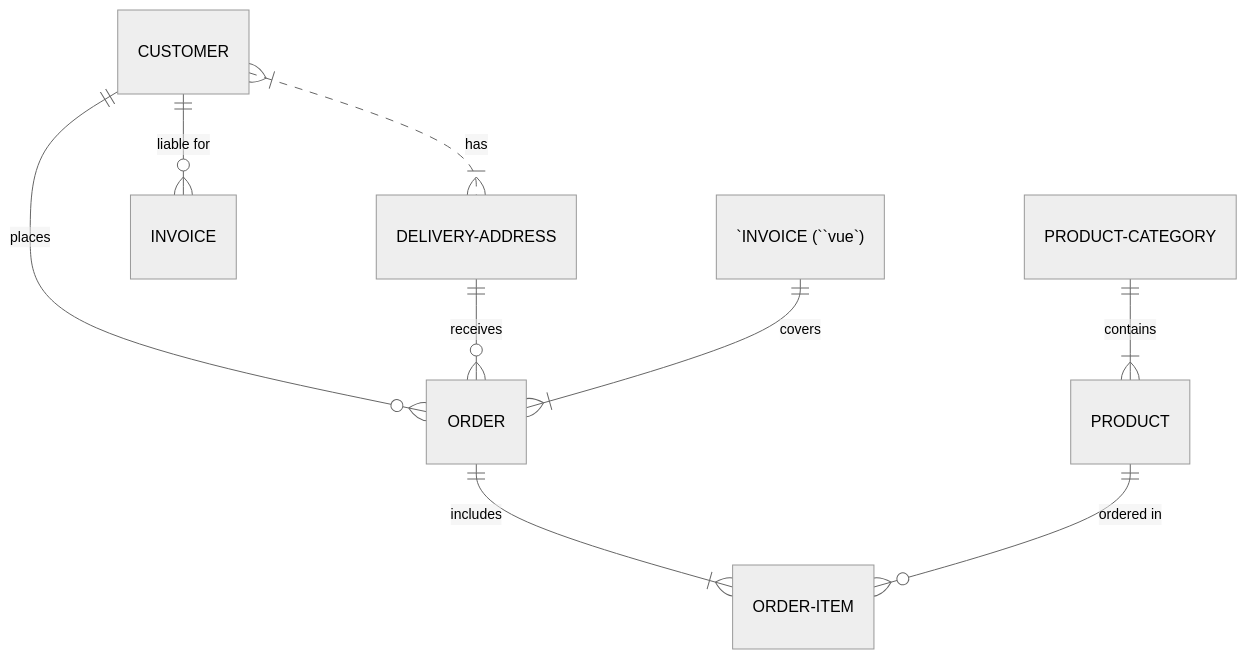
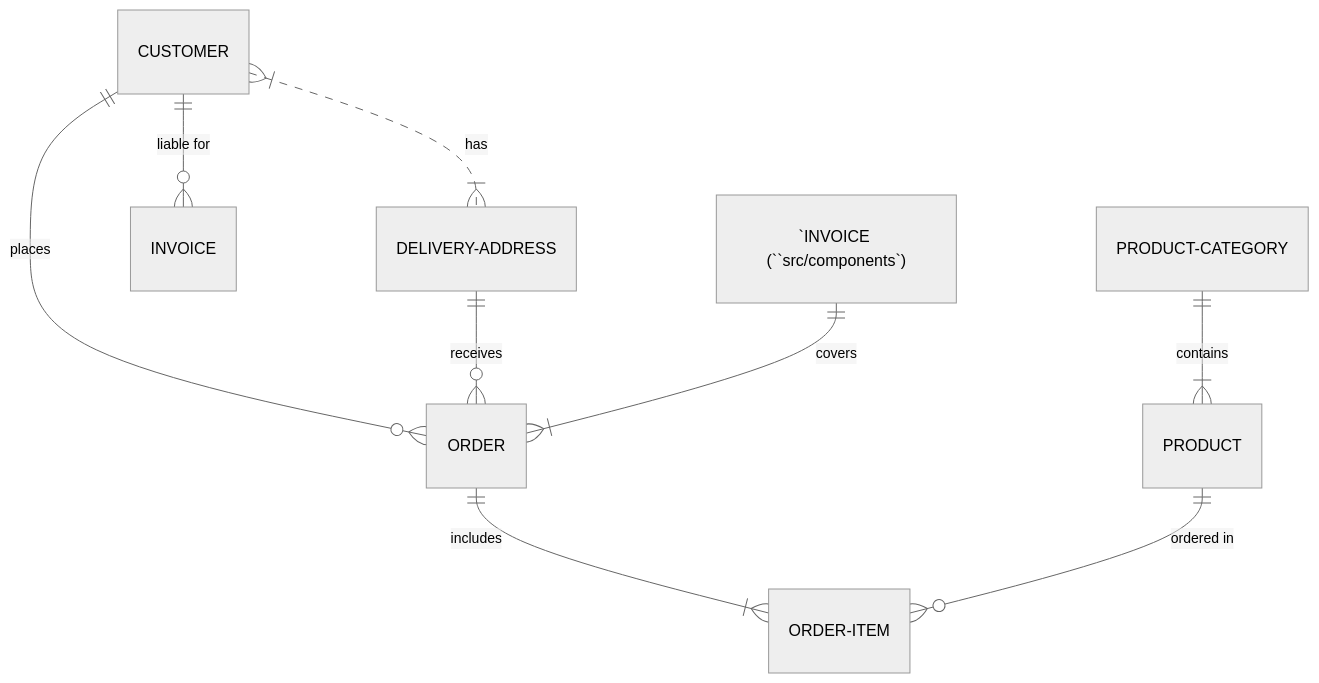
One commit to RyanHavoc/test-docs-repo changed the diagram in .swm/mermaid-testing.otpiriee.sw.md. Above: the diagram before and after it, drawn with Mermaid (neutral theme). The commit also changed other lines of this file, not shown here.

Commit message:
docs(swimm): update doc: "Mermaid Testing"

````diff
--- a/.swm/mermaid-testing.otpiriee.sw.md
+++ b/.swm/mermaid-testing.otpiriee.sw.md
@@ -21,11 +21,11 @@
 ```mermaid
 erDiagram
 CUSTOMER }|..|{ DELIVERY-ADDRESS : has
 CUSTOMER ||--o{ ORDER : places
 CUSTOMER ||--o{ INVOICE : "liable for"
 DELIVERY-ADDRESS ||--o{ ORDER : receives
-"`INVOICE (``vue`)" ||--|{ ORDER : covers
+"`INVOICE (``src/components`)" ||--|{ ORDER : covers
 ORDER ||--|{ ORDER-ITEM : includes
 PRODUCT-CATEGORY ||--|{ PRODUCT : contains
 PRODUCT ||--o{ ORDER-ITEM : "ordered in"
 ```
````
